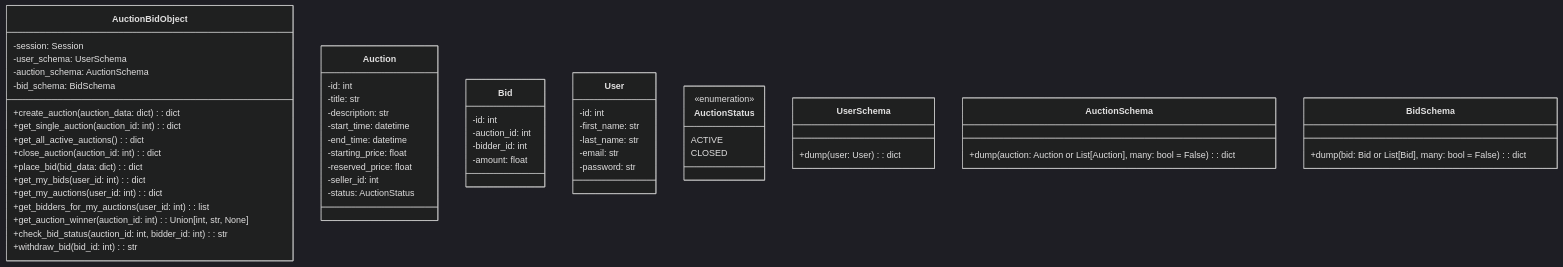
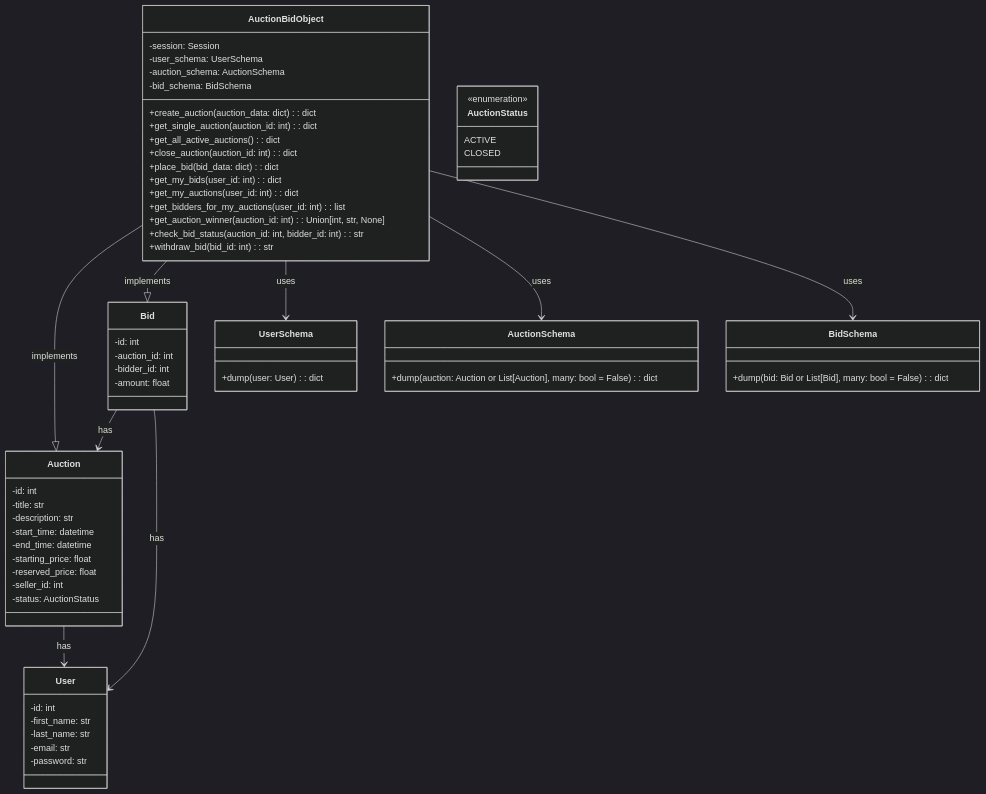
One commit to horlali/distributed-auction-system changed the diagram in docs/auctions_class_diagram.md. Above: the diagram before and after it, drawn with Mermaid (dark theme). The commit also changed other lines of this file and 4 other files, not shown here.

````diff
--- a/docs/auctions_class_diagram.md
+++ b/docs/auctions_class_diagram.md
@@ -3,58 +3,66 @@
 ```mermaid
 classDiagram
     class AuctionBidObject {
         -session: Session
         -user_schema: UserSchema
         -auction_schema: AuctionSchema
         -bid_schema: BidSchema
         +create_auction(auction_data: dict): dict
         +get_single_auction(auction_id: int): dict
         +get_all_active_auctions(): dict
         +close_auction(auction_id: int): dict
         +place_bid(bid_data: dict): dict
         +get_my_bids(user_id: int): dict
         +get_my_auctions(user_id: int): dict
         +get_bidders_for_my_auctions(user_id: int): list
         +get_auction_winner(auction_id: int): Union[int, str, None]
         +check_bid_status(auction_id: int, bidder_id: int): str
         +withdraw_bid(bid_id: int): str
     }
     class Auction {
         -id: int
         -title: str
         -description: str
         -start_time: datetime
         -end_time: datetime
         -starting_price: float
         -reserved_price: float
         -seller_id: int
         -status: AuctionStatus
     }
     class Bid {
         -id: int
         -auction_id: int
         -bidder_id: int
         -amount: float
     }
     class User {
         -id: int
         -first_name: str
         -last_name: str
         -email: str
         -password: str
     }
     class AuctionStatus {
         <<enumeration>>
         ACTIVE
         CLOSED
     }
     class UserSchema {
         +dump(user: User): dict
     }
     class AuctionSchema {
         +dump(auction: Auction or List[Auction], many: bool = False): dict
     }
     class BidSchema {
         +dump(bid: Bid or List[Bid], many: bool = False): dict
     }
+    AuctionBidObject --|> Auction : implements
+    AuctionBidObject --|> Bid : implements
+    AuctionBidObject --> UserSchema : uses
+    AuctionBidObject --> AuctionSchema : uses
+    AuctionBidObject --> BidSchema : uses
+    Bid --> Auction : has
+    Bid --> User : has
+    Auction --> User : has
 ```
````
